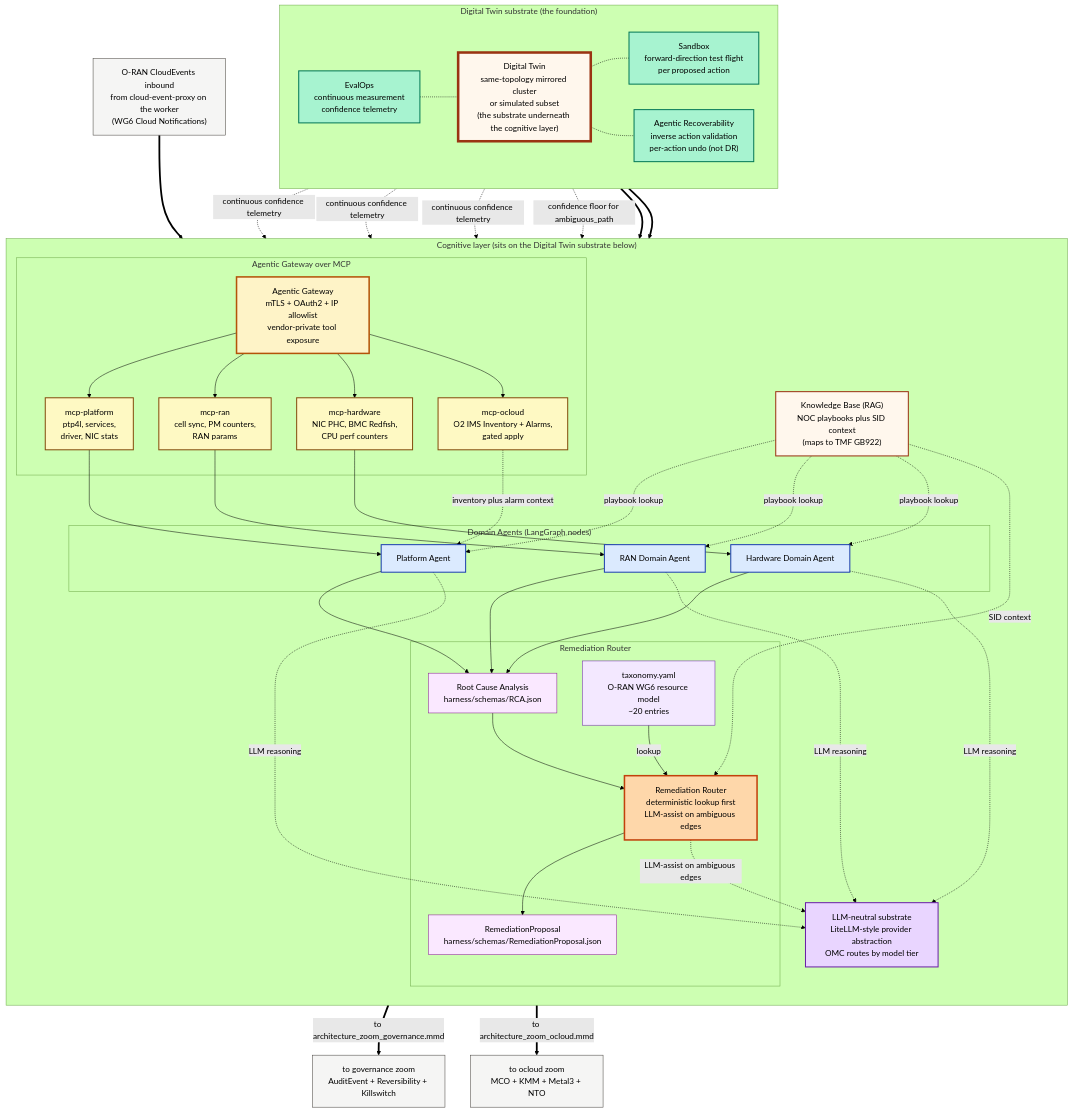
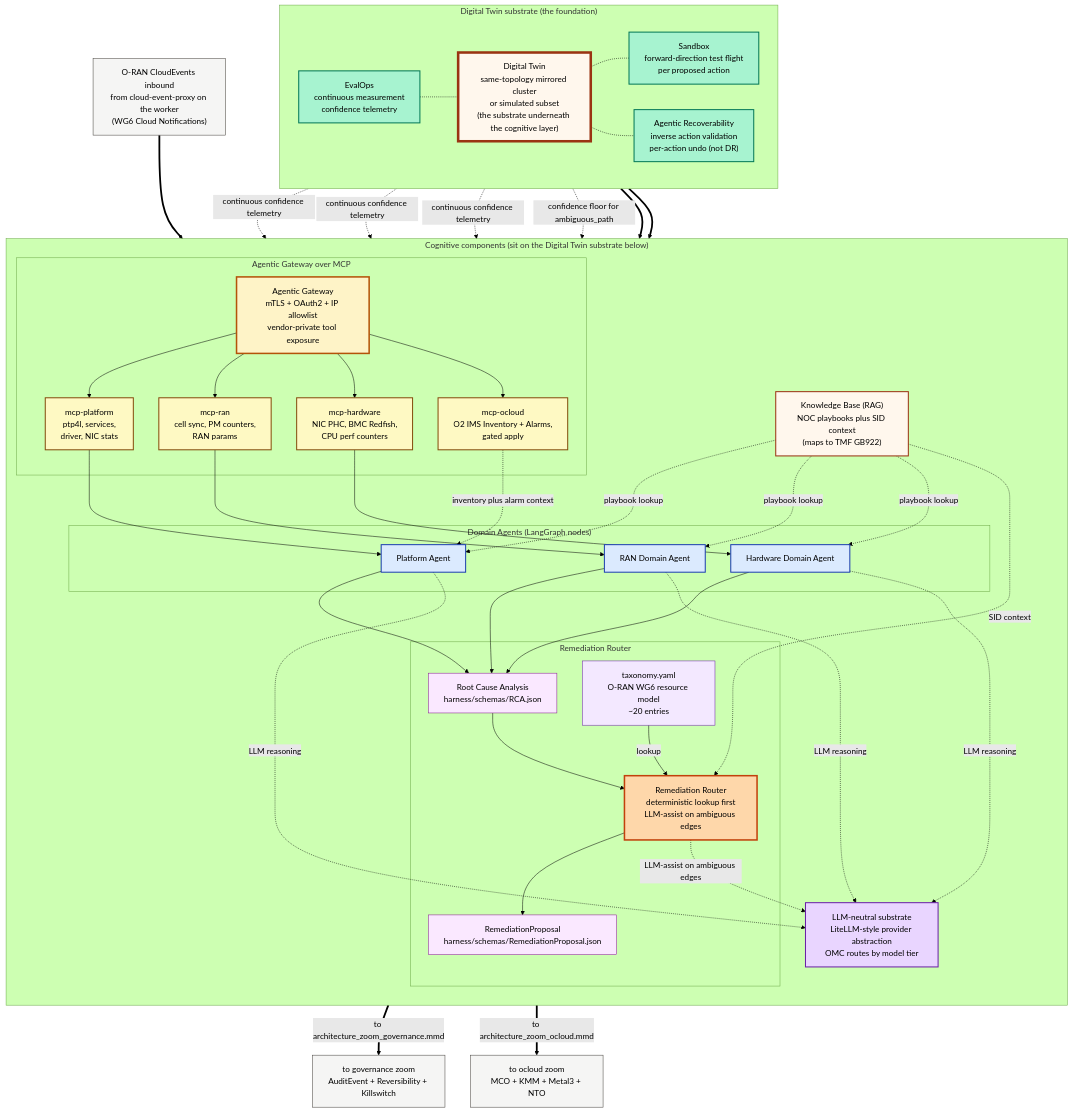
One commit to dkypuros/oran-agent-harness changed the diagram in talk/architecture_zoom_cognitive.mmd. Above: the diagram before and after it, drawn with Mermaid (forest theme). The commit also changed 3 other files, not shown here.

```diff
--- a/talk/architecture_zoom_cognitive.mmd
+++ b/talk/architecture_zoom_cognitive.mmd
@@ -1,104 +1,104 @@
 %% architecture_zoom_cognitive.mmd
 %% Companion zoom diagram to talk/architecture.mmd (the macro).
 %% Double-click on the Agent Harness box of the macro: the Agentic Gateway, four MCP servers,
 %% three domain agents, the Remediation Router, the LLM-neutral substrate, all sitting on top
 %% of the Digital Twin substrate as their foundation.
 %% The twin runs horizontally across the bottom of the diagram. EvalOps is a continuous-loop
 %% activity, drawn with dashed bidirectional arrows up to the cognitive components.
 %% Sandbox and Agentic Recoverability are actions on the twin that inform the Proposal artifact.
 %% Read alongside: talk/trust_loop.md, talk/architecture_narrative.md sections 2 and 4.
 
 flowchart TB
 
     Inbound["O-RAN CloudEvents inbound<br/>from cloud-event-proxy on the worker<br/>(WG6 Cloud Notifications)"]:::external
 
-    subgraph CognitiveLayer["Cognitive layer (sits on the Digital Twin substrate below)"]
+    subgraph Cognitive["Cognitive components (sit on the Digital Twin substrate below)"]
         direction TB
 
-        subgraph GatewayLayer["Agentic Gateway over MCP"]
+        subgraph AgenticGateway["Agentic Gateway over MCP"]
             Gateway["Agentic Gateway<br/>mTLS + OAuth2 + IP allowlist<br/>vendor-private tool exposure"]:::gateway
             McpPlat["mcp-platform<br/>ptp4l, services,<br/>driver, NIC stats"]:::mcp
             McpRan["mcp-ran<br/>cell sync, PM counters,<br/>RAN params"]:::mcp
             McpHw["mcp-hardware<br/>NIC PHC, BMC Redfish,<br/>CPU perf counters"]:::mcp
             McpOcloud["mcp-ocloud<br/>O2 IMS Inventory + Alarms,<br/>gated apply"]:::mcp
             Gateway --> McpPlat
             Gateway --> McpRan
             Gateway --> McpHw
             Gateway --> McpOcloud
         end
 
-        subgraph AgentLayer["Domain Agents (LangGraph nodes)"]
+        subgraph DomainAgents["Domain Agents (LangGraph nodes)"]
             PlatA["Platform Agent"]:::agent
             RanA["RAN Domain Agent"]:::agent
             HwA["Hardware Domain Agent"]:::agent
         end
 
         KB["Knowledge Base (RAG)<br/>NOC playbooks plus SID context<br/>(maps to TMF GB922)"]:::kb
 
-        subgraph RouterLayer["Remediation Router"]
+        subgraph RemediationRouterSection["Remediation Router"]
             RCA["Root Cause Analysis<br/>harness/schemas/RCA.json"]:::artifact
             Taxonomy["taxonomy.yaml<br/>O-RAN WG6 resource model<br/>~20 entries"]:::config
             Router["Remediation Router<br/>deterministic lookup first<br/>LLM-assist on ambiguous edges"]:::router
             Proposal["RemediationProposal<br/>harness/schemas/RemediationProposal.json"]:::artifact
             RCA --> Router
             Taxonomy -- "lookup" --> Router
             Router --> Proposal
         end
 
         LiteLLM["LLM-neutral substrate<br/>LiteLLM-style provider abstraction<br/>OMC routes by model tier"]:::llm
 
         McpPlat --> PlatA
         McpRan --> RanA
         McpHw --> HwA
         McpOcloud -. "inventory plus alarm context" .-> PlatA
         PlatA --> RCA
         RanA --> RCA
         HwA --> RCA
         KB -. "playbook lookup" .-> PlatA
         KB -. "playbook lookup" .-> RanA
         KB -. "playbook lookup" .-> HwA
         KB -. "SID context" .-> Router
         PlatA -. "LLM reasoning" .-> LiteLLM
         RanA -. "LLM reasoning" .-> LiteLLM
         HwA -. "LLM reasoning" .-> LiteLLM
         Router -. "LLM-assist on ambiguous edges" .-> LiteLLM
     end
 
     subgraph TwinSubstrate["Digital Twin substrate (the foundation)"]
         direction LR
         EvalOps["EvalOps<br/>continuous measurement<br/>confidence telemetry"]:::activity
         Twin["Digital Twin<br/>same-topology mirrored cluster<br/>or simulated subset<br/>(the substrate underneath the cognitive layer)"]:::twin
         Sandbox["Sandbox<br/>forward-direction test flight<br/>per proposed action"]:::activity
         Recoverability["Agentic Recoverability<br/>inverse action validation<br/>per-action undo (not DR)"]:::activity
         EvalOps -.- Twin
         Twin -.- Sandbox
         Twin -.- Recoverability
     end
 
     Inbound ==> Gateway
 
     %% EvalOps continuous loops up to agents and Router
     EvalOps -. "continuous confidence telemetry" .-> PlatA
     EvalOps -. "continuous confidence telemetry" .-> RanA
     EvalOps -. "continuous confidence telemetry" .-> HwA
     EvalOps -. "confidence floor for ambiguous_path" .-> Router
 
     %% Sandbox and Recoverability inform the Proposal
     Sandbox ==> Proposal
     Recoverability ==> Proposal
 
     %% Proposal flows outward to the other zooms
     Proposal == "to architecture_zoom_governance.mmd" ==> OutGov["to governance zoom<br/>AuditEvent + Reversibility + Killswitch"]:::external
     Proposal == "to architecture_zoom_ocloud.mmd" ==> OutOcloud["to ocloud zoom<br/>MCO + KMM + Metal3 + NTO"]:::external
 
     classDef external fill:#f5f5f4,stroke:#44403c,color:#000
     classDef gateway fill:#fef3c7,stroke:#b45309,color:#000,stroke-width:3px
     classDef mcp fill:#fef9c3,stroke:#854d0e,color:#000,stroke-width:2px
     classDef agent fill:#dbeafe,stroke:#1e40af,color:#000,stroke-width:2px
     classDef router fill:#fed7aa,stroke:#c2410c,color:#000,stroke-width:3px
     classDef artifact fill:#fae8ff,stroke:#86198f,color:#000
     classDef config fill:#f3e8ff,stroke:#6b21a8,color:#000
     classDef kb fill:#fff7ed,stroke:#9a3412,color:#000,stroke-width:2px
     classDef llm fill:#e9d5ff,stroke:#6b21a8,color:#000,stroke-width:2px
     classDef twin fill:#fff7ed,stroke:#9a3412,color:#000,stroke-width:5px
     classDef activity fill:#a7f3d0,stroke:#047857,color:#000,stroke-width:2px
```
